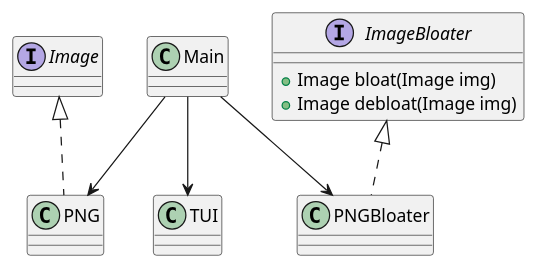
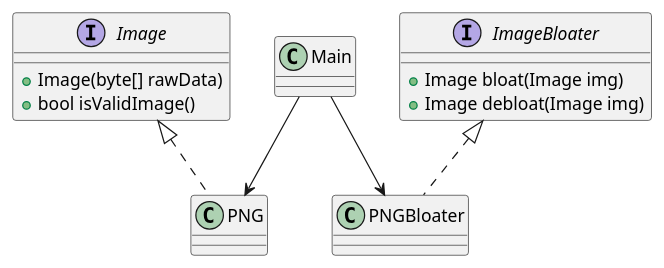
The diagram in UML/class.puml (corhay/PNGBloater), drawn with PlantUML before and after one commit. The commit also changed 2 other files, not shown here.

```diff
--- a/UML/class.puml
+++ b/UML/class.puml
@@ -1,19 +1,20 @@
 @startuml
 class Main{}
 
-interface Image{}
+interface Image{
+    +Image(byte[] rawData)
+    +bool isValidImage()
+}
 interface ImageBloater{
     +Image bloat(Image img)
     +Image debloat(Image img)
 }
 
 class PNG implements Image{}
 class PNGBloater implements ImageBloater{}
 
-class TUI{}
 
-Main --> TUI
 Main --> PNG
 Main --> PNGBloater
 
 @enduml
```
